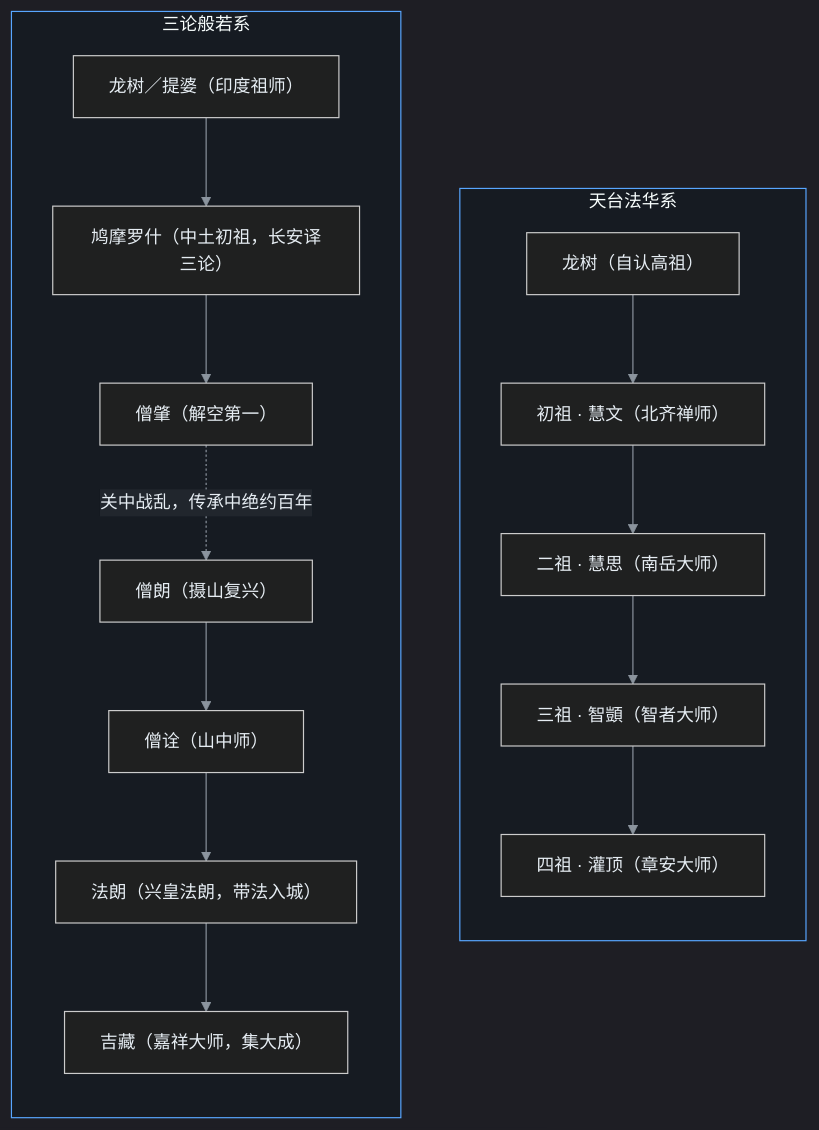
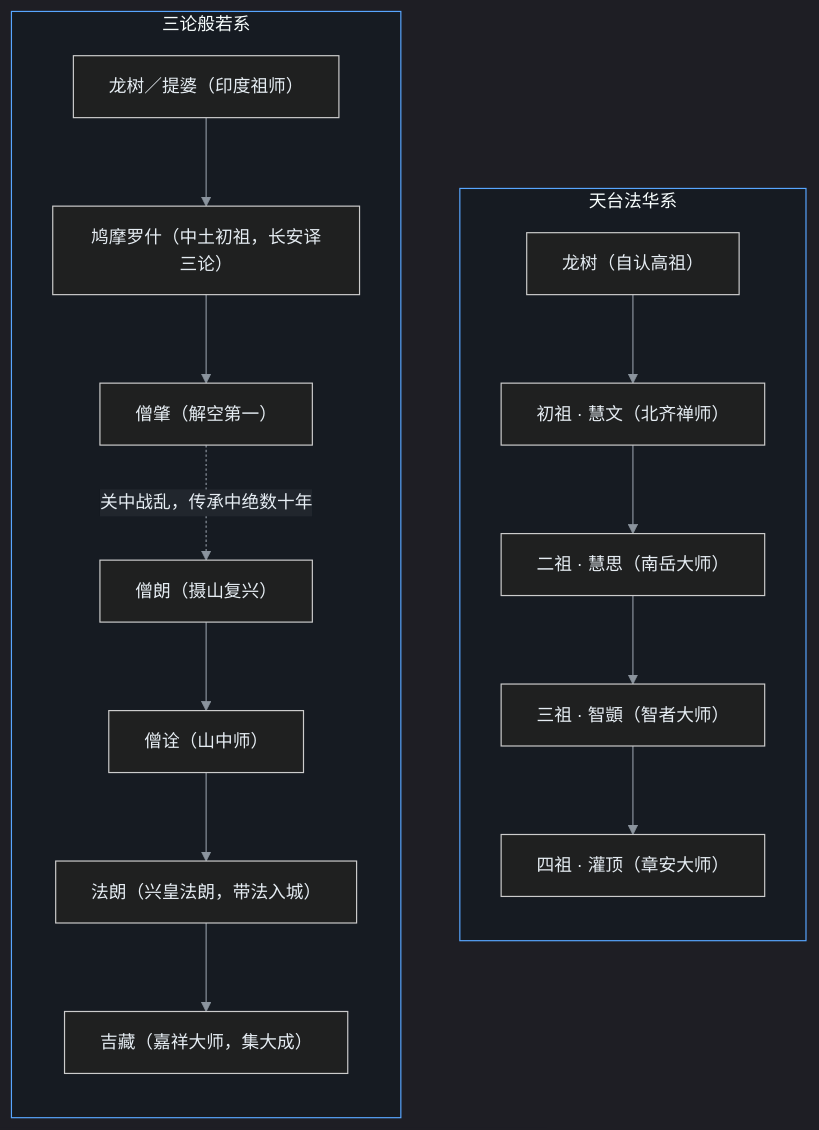
Before and after one commit to yeyangchen2009/draft-review: the first of 2 diagrams in drafts/中系/中16-天台三论与三阶教.md, drawn with Mermaid. The commit also changed other lines of this file and 1 other file, not shown here.

````diff
--- a/drafts/中系/中16-天台三论与三阶教.md
+++ b/drafts/中系/中16-天台三论与三阶教.md
@@ -35,20 +35,20 @@
 ```mermaid
 %%{init: {'theme':'dark','themeVariables':{'background':'#0d1117','primaryColor':'#1f6feb','primaryTextColor':'#ffffff','primaryBorderColor':'#79c0ff','secondaryColor':'#21262d','tertiaryColor':'#30363d','lineColor':'#8b949e','textColor':'#e6edf3','clusterBkg':'#161b22','clusterBorder':'#58a6ff','edgeLabelBackground':'#21262d','fontSize':'15px'}}}%%
 flowchart TD
     subgraph T["天台法华系"]
         direction TB
         LN["龙树（自认高祖）"] --> HW["初祖 · 慧文（北齐禅师）"]
         HW --> HS["二祖 · 慧思（南岳大师）"]
         HS --> ZY["三祖 · 智顗（智者大师）"]
         ZY --> GD["四祖 · 灌顶（章安大师）"]
     end
     subgraph R["三论般若系"]
         direction TB
         LS["龙树／提婆（印度祖师）"] --> RS["鸠摩罗什（中土初祖，长安译三论）"]
         RS --> SZ["僧肇（解空第一）"]
-        SZ -.->|"关中战乱，传承中绝约百年"| SL["僧朗（摄山复兴）"]
+        SZ -.->|"关中战乱，传承中绝数十年"| SL["僧朗（摄山复兴）"]
         SL --> SQ["僧诠（山中师）"]
         SQ --> FL["法朗（兴皇法朗，带法入城）"]
         FL --> JZ["吉藏（嘉祥大师，集大成）"]
     end
 ```
````
